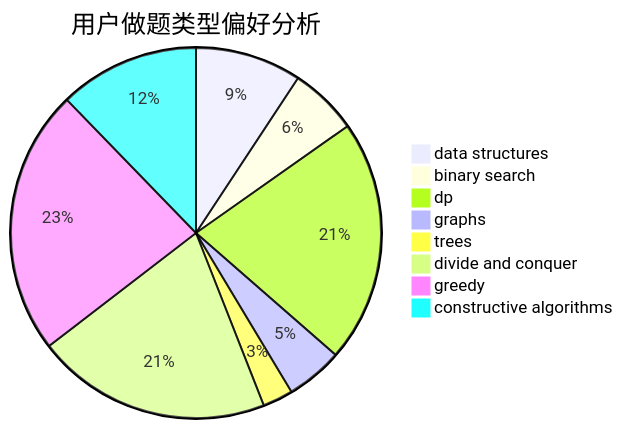
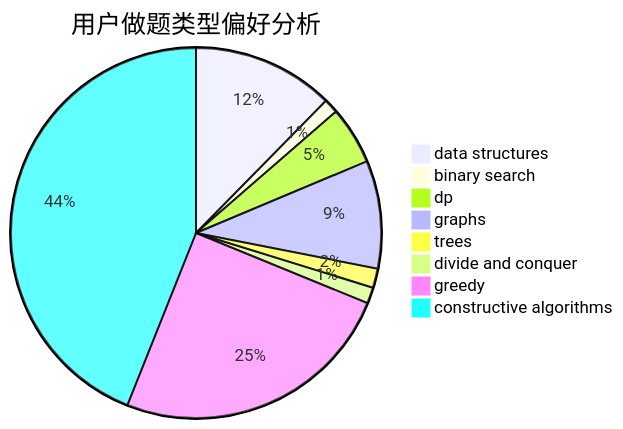
Before and after one commit to sherpahu/cfrs.github.io: the second of 3 diagrams in docs/user/u2159.md, drawn with Mermaid. The commit also changed other lines of this file and 2770 other files, not shown here.

````diff
--- a/docs/user/u2159.md
+++ b/docs/user/u2159.md
@@ -23,11 +23,11 @@
 ```mermaid
 pie title 用户做题类型偏好分析
-    "data structures" :  28
-    "binary search" :  18
-    "dp" :  64
-    "graphs" :  15
-    "trees" :  8
-    "divide and conquer" :  62
-    "greedy" :  70
-    "constructive algorithms" :  37
+    "data structures" :  88
+    "binary search" :  9
+    "dp" :  36
+    "graphs" :  67
+    "trees" :  12
+    "divide and conquer" :  10
+    "greedy" :  177
+    "constructive algorithms" :  313
 ```
````
